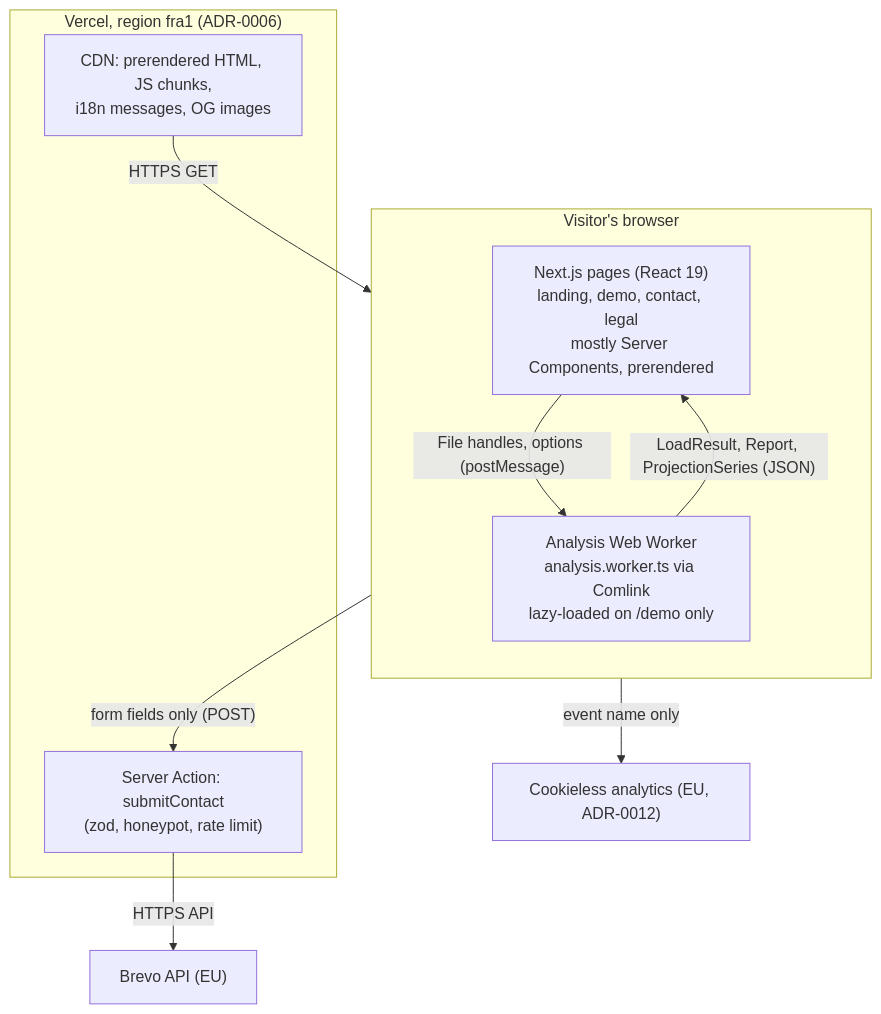
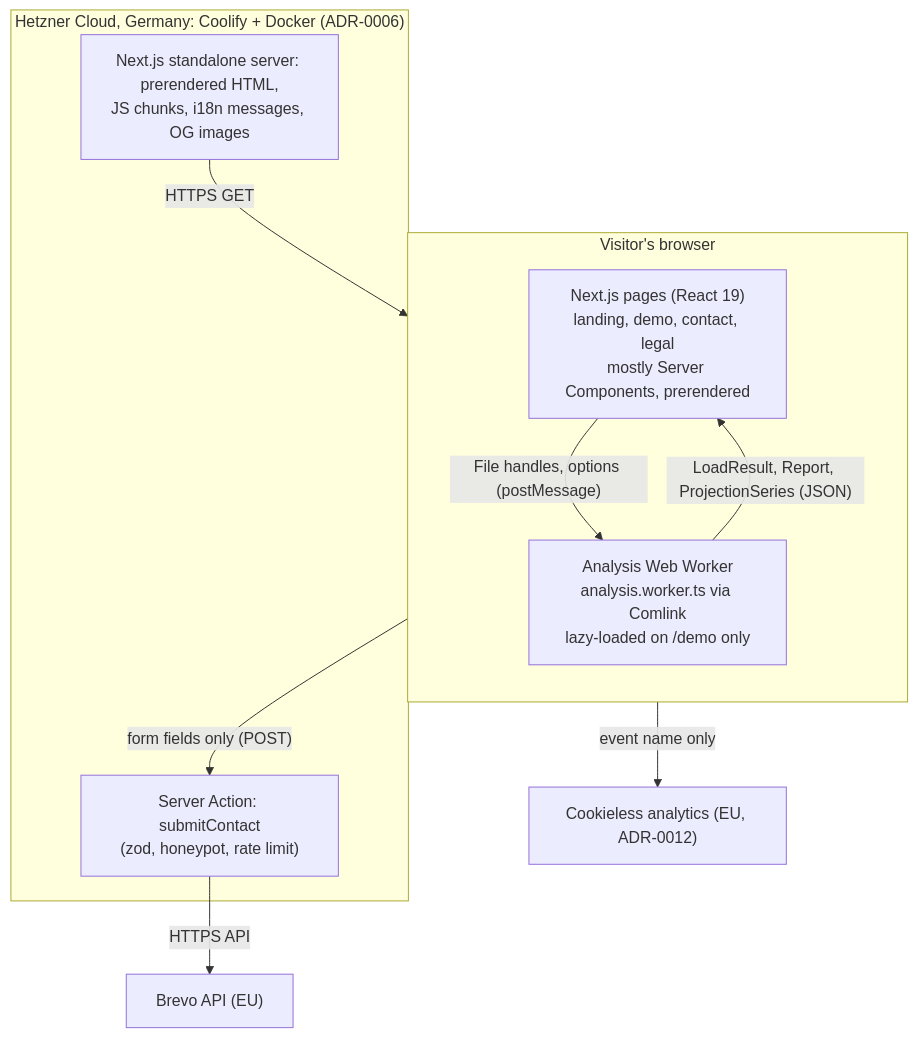
The third of 10 diagrams in docs/architecture/README.md (Sodabeh-Taherpanah/vorchain_project), drawn with Mermaid before and after one commit. The commit also changed other lines of this file and 15 other files, not shown here.

First line of the commit message:
ci: make the site deploy-ready for hetzner and coolify, add release-please (#22)

````diff
--- a/docs/architecture/README.md
+++ b/docs/architecture/README.md
@@ -65,23 +65,23 @@
 ```mermaid
 flowchart TB
   subgraph browser["Visitor's browser"]
     direction TB
     pages["Next.js pages (React 19)<br/>landing, demo, contact, legal<br/>mostly Server Components, prerendered"]
     worker["Analysis Web Worker<br/>analysis.worker.ts via Comlink<br/>lazy-loaded on /demo only"]
     pages -- "File handles, options (postMessage)" --> worker
     worker -- "LoadResult, Report, ProjectionSeries (JSON)" --> pages
   end
 
-  subgraph host["Vercel, region fra1 (ADR-0006)"]
-    cdn["CDN: prerendered HTML, JS chunks,<br/>i18n messages, OG images"]
+  subgraph host["Hetzner Cloud, Germany: Coolify + Docker (ADR-0006)"]
+    cdn["Next.js standalone server: prerendered HTML,<br/>JS chunks, i18n messages, OG images"]
     action["Server Action: submitContact<br/>(zod, honeypot, rate limit)"]
   end
 
   brevo["Brevo API (EU)"]
   plaus["Cookieless analytics (EU, ADR-0012)"]
 
   cdn -- "HTTPS GET" --> pages
   pages -- "form fields only (POST)" --> action
   action -- "HTTPS API" --> brevo
   pages -- "event name only" --> plaus
 ```
````
